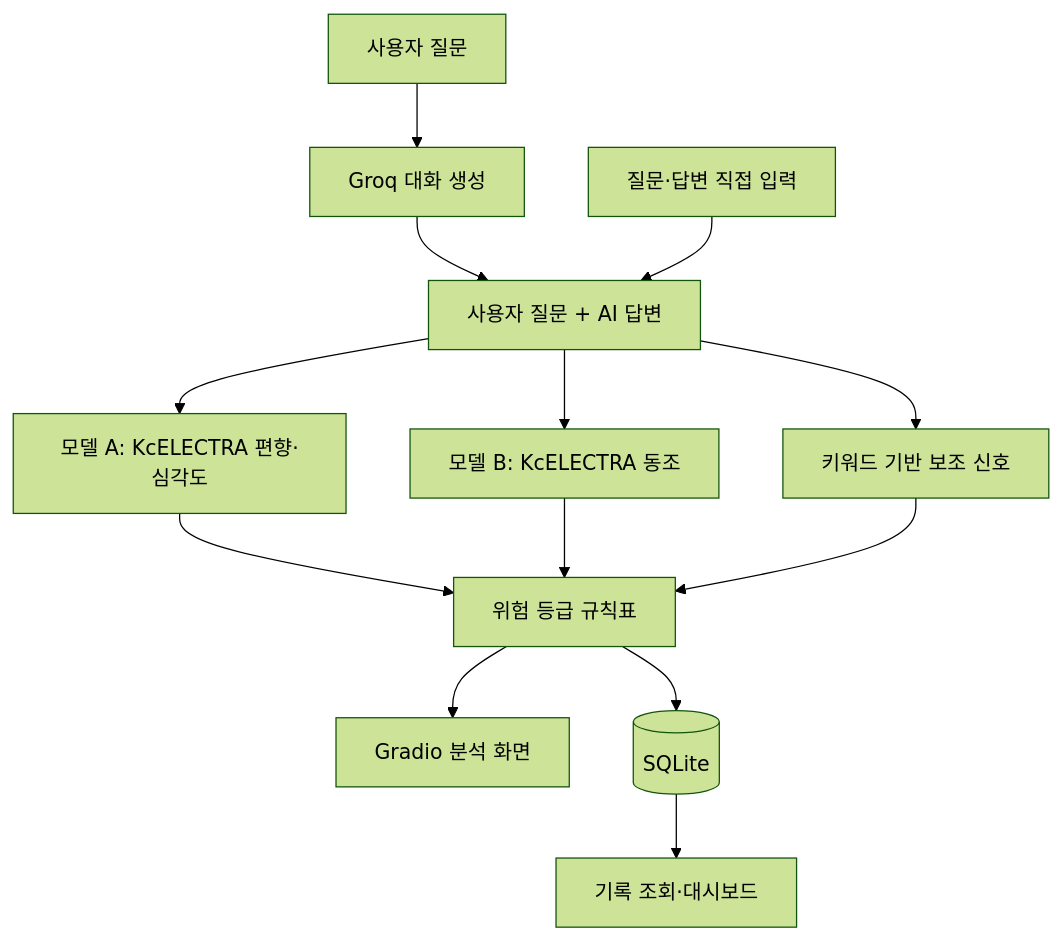
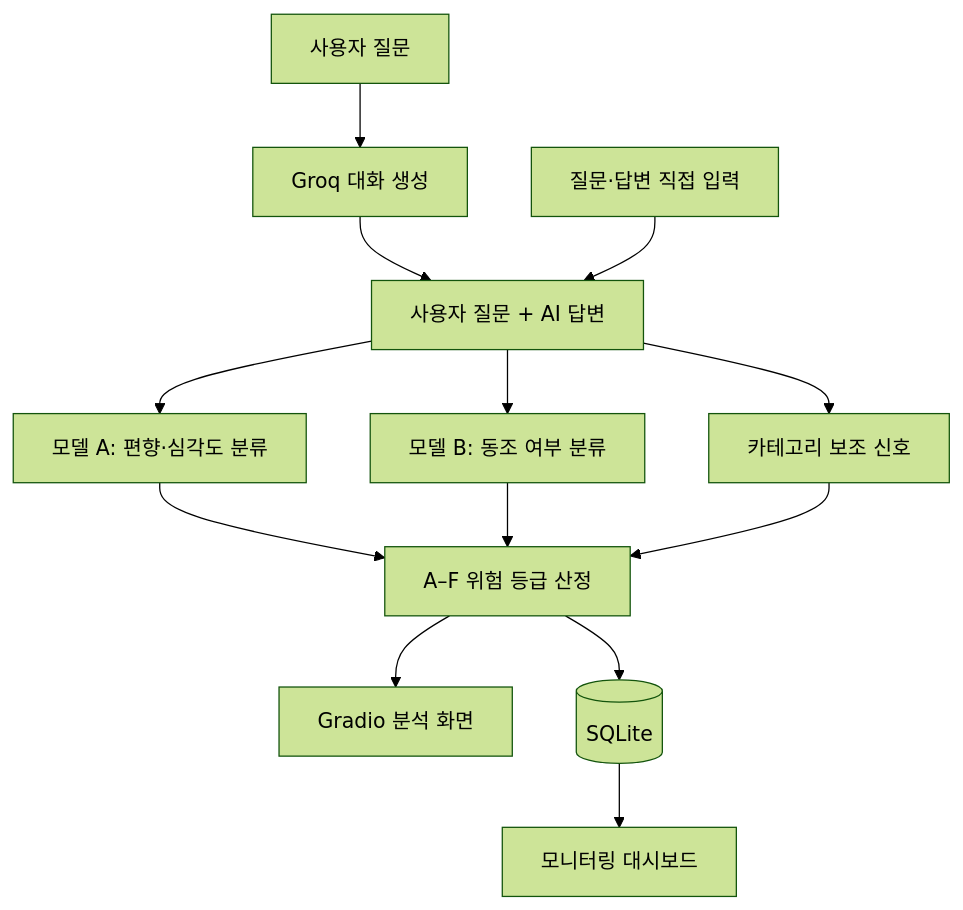
The diagram in README.md (SELATL/AI_Ethic_Monitoring-), drawn with Mermaid (forest theme) before and after one commit. The commit also changed other lines of this file, not shown here.

````diff
--- a/README.md
+++ b/README.md
@@ -33,15 +29,15 @@
 ```mermaid
 flowchart TD
     U[사용자 질문] --> CHAT[Groq 대화 생성]
     CHAT --> PAIR[사용자 질문 + AI 답변]
     MANUAL[질문·답변 직접 입력] --> PAIR
-    PAIR --> A[모델 A: KcELECTRA 편향·심각도]
-    PAIR --> B[모델 B: KcELECTRA 동조]
-    PAIR --> RULE[키워드 기반 보조 신호]
-    A --> G[위험 등급 규칙표]
+    PAIR --> A[모델 A: 편향·심각도 분류]
+    PAIR --> B[모델 B: 동조 여부 분류]
+    PAIR --> RULE[카테고리 보조 신호]
+    A --> G[A–F 위험 등급 산정]
     B --> G
     RULE --> G
     G --> UI[Gradio 분석 화면]
     G --> DB[(SQLite)]
-    DB --> DASH[기록 조회·대시보드]
+    DB --> DASH[모니터링 대시보드]
 ```
````
